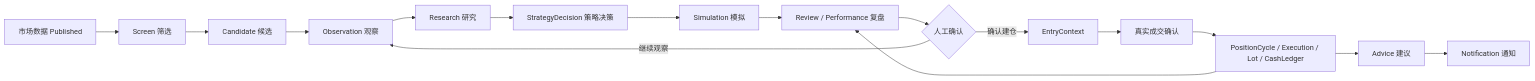
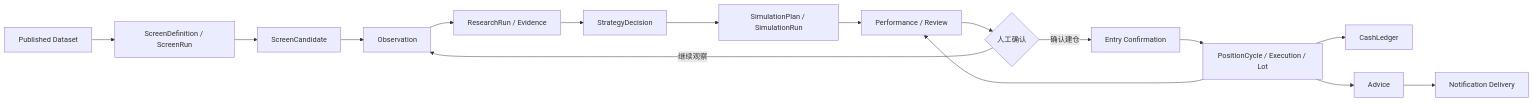
Before and after one commit to fewhg3yhjt/stock-data-analyse: the third of 10 diagrams in docs/TARGET_ARCHITECTURE.md, drawn with Mermaid. The commit also changed other lines of this file and 1 other file, not shown here.

Commit message:
docs: reset target architecture for new project

````diff
--- a/docs/TARGET_ARCHITECTURE.md
+++ b/docs/TARGET_ARCHITECTURE.md
@@ -181,18 +257,18 @@
 ```mermaid
 flowchart LR
-    A[市场数据 Published] --> B[Screen 筛选]
-    B --> C[Candidate 候选]
-    C --> D[Observation 观察]
-    D --> E[Research 研究]
-    E --> F[StrategyDecision 策略决策]
-    F --> G[Simulation 模拟]
-    G --> H[Review / Performance 复盘]
-    H --> I{人工确认}
-    I -->|继续观察| D
-    I -->|确认建仓| J[EntryContext]
-    J --> K[真实成交确认]
-    K --> L[PositionCycle / Execution / Lot / CashLedger]
-    L --> M[Advice 建议]
-    M --> N[Notification 通知]
-    L --> H
+    DATA[Published Dataset] --> SCREEN[ScreenDefinition / ScreenRun]
+    SCREEN --> CAND[ScreenCandidate]
+    CAND --> OBS[Observation]
+    OBS --> RESEARCH[ResearchRun / Evidence]
+    RESEARCH --> DECISION[StrategyDecision]
+    DECISION --> SIM[SimulationPlan / SimulationRun]
+    SIM --> REVIEW[Performance / Review]
+    REVIEW --> GATE{人工确认}
+    GATE -->|继续观察| OBS
+    GATE -->|确认建仓| ENTRY[Entry Confirmation]
+    ENTRY --> POS[PositionCycle / Execution / Lot]
+    POS --> CASH[CashLedger]
+    POS --> ADVICE[Advice]
+    ADVICE --> NOTIFY[Notification Delivery]
+    POS --> REVIEW
 ```
````
